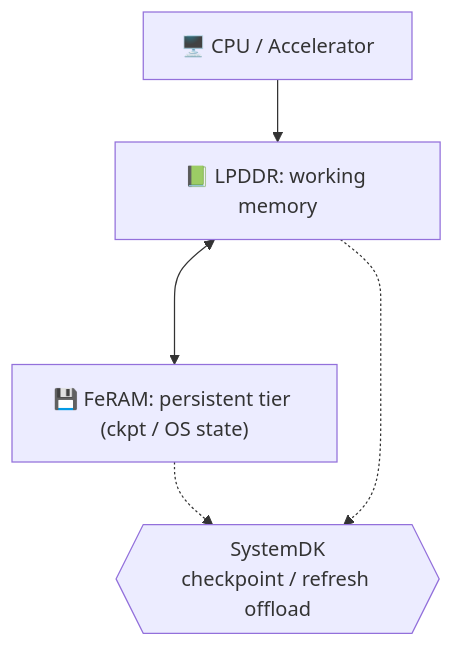
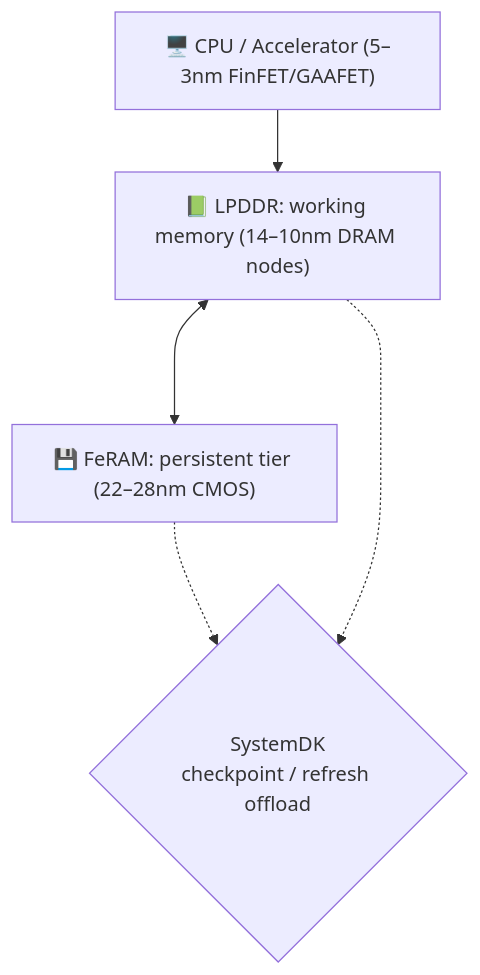
The first of 4 diagrams in d_chapter1_memory_technologies/1_6_lpddr_feram.md (Samizo-AITL/Edusemi-v4x), drawn with Mermaid before and after one commit. The commit also changed other lines of this file, not shown here.

````diff
--- a/d_chapter1_memory_technologies/1_6_lpddr_feram.md
+++ b/d_chapter1_memory_technologies/1_6_lpddr_feram.md
@@ -47,12 +65,12 @@
 ```mermaid
 flowchart TD
-  CPU["🖥️ CPU / Accelerator"]
-  LPDDR["📗 LPDDR: working memory"]
-  NV["💾 FeRAM: persistent tier (ckpt / OS state)"]
+  CPU["🖥️ CPU / Accelerator (5–3nm FinFET/GAAFET)"]
+  LPDDR["📗 LPDDR: working memory (14–10nm DRAM nodes)"]
+  NV["💾 FeRAM: persistent tier (22–28nm CMOS)"]
 
   CPU --> LPDDR
   LPDDR <---> NV
-  note1{{SystemDK<br/>checkpoint / refresh offload}}
+  note1{SystemDK<br/>checkpoint / refresh offload}
   NV -.-> note1
   LPDDR -.-> note1
 ```
````
